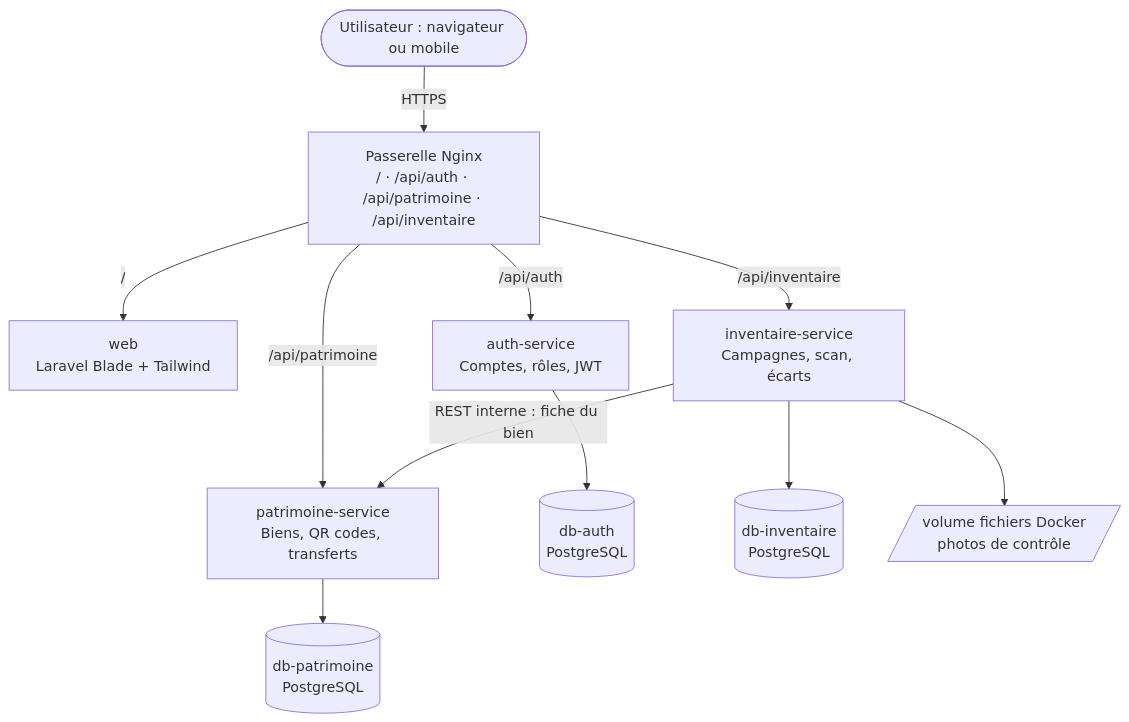
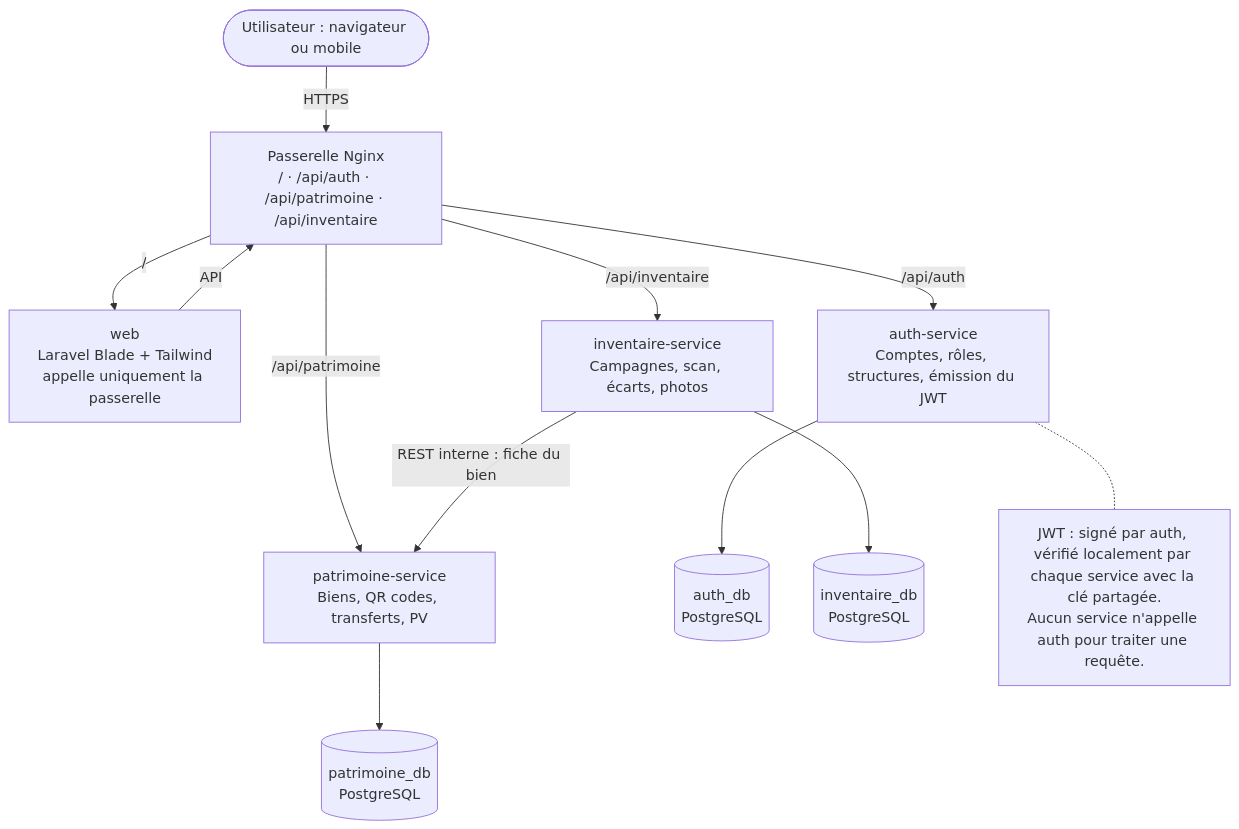
Before and after one commit to samTompkins17/Koffr-ix: the diagram in docs/Diagrammes/05-architecture.mmd, drawn with Mermaid. The commit also changed 58 other files, not shown here.

```diff
--- a/docs/Diagrammes/05-architecture.mmd
+++ b/docs/Diagrammes/05-architecture.mmd
@@ -1,26 +1,28 @@
 flowchart TB
     user(["Utilisateur : navigateur ou mobile"])
     gw["Passerelle Nginx<br/>/ · /api/auth · /api/patrimoine · /api/inventaire"]
 
-    web["web<br/>Laravel Blade + Tailwind"]
-    auth["auth-service<br/>Comptes, rôles, JWT"]
-    pat["patrimoine-service<br/>Biens, QR codes, transferts"]
-    inv["inventaire-service<br/>Campagnes, scan, écarts"]
+    web["web<br/>Laravel Blade + Tailwind<br/>appelle uniquement la passerelle"]
+    auth["auth-service<br/>Comptes, rôles, structures, émission du JWT"]
+    pat["patrimoine-service<br/>Biens, QR codes, transferts, PV"]
+    inv["inventaire-service<br/>Campagnes, scan, écarts, photos"]
 
-    dba[("db-auth<br/>PostgreSQL")]
-    dbp[("db-patrimoine<br/>PostgreSQL")]
-    dbi[("db-inventaire<br/>PostgreSQL")]
-    vol[/"volume fichiers Docker<br/>photos de contrôle"/]
+    dba[("auth_db<br/>PostgreSQL")]
+    dbp[("patrimoine_db<br/>PostgreSQL")]
+    dbi[("inventaire_db<br/>PostgreSQL")]
 
     user -->|HTTPS| gw
     gw -->|"/"| web
+    web -->|"API"| gw
     gw -->|"/api/auth"| auth
     gw -->|"/api/patrimoine"| pat
     gw -->|"/api/inventaire"| inv
 
     auth --> dba
     pat --> dbp
     inv --> dbi
-    inv --> vol
 
     inv -->|"REST interne : fiche du bien"| pat
+
+    note1["JWT : signé par auth, vérifié localement par chaque service avec la clé partagée.<br/>Aucun service n'appelle auth pour traiter une requête."]
+    auth -.- note1
```
